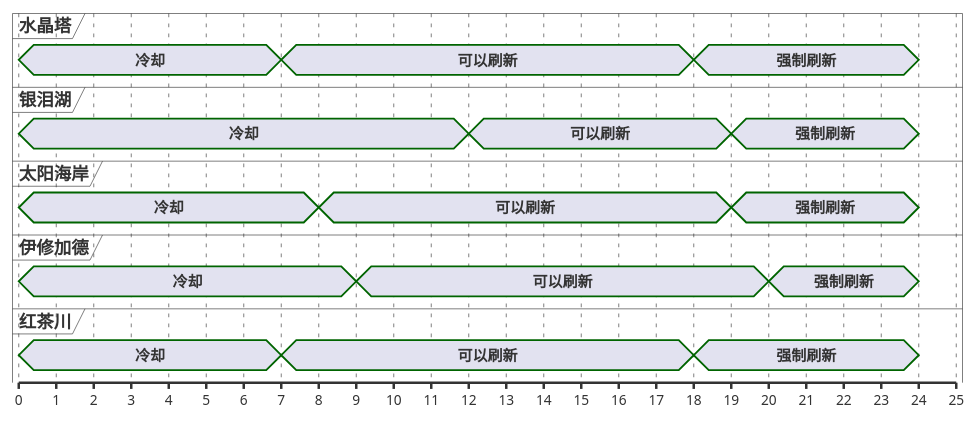
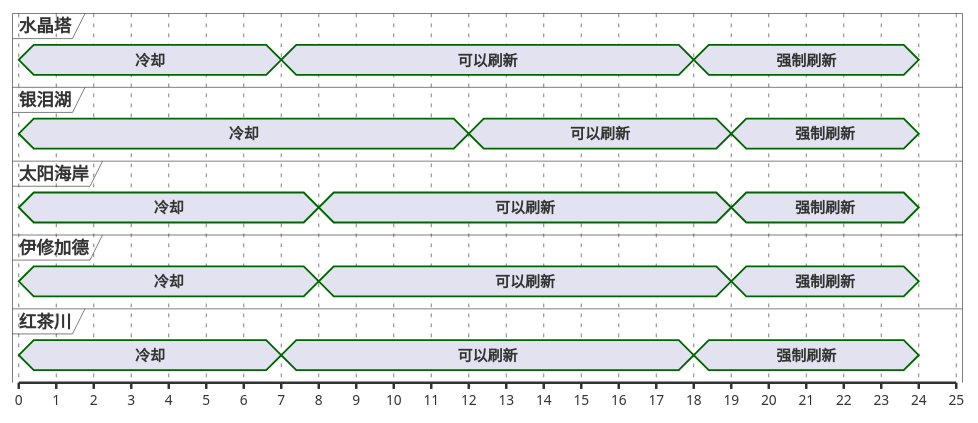
One commit to Eroleice/doc-pi changed the fourth of 13 diagrams in ffxiv/hunt/2.0/Thousand-cast-Theda.md. Above: the diagram before and after it, drawn with PlantUML. The commit also changed other lines of this file and 38 other files, not shown here.

````diff
--- a/ffxiv/hunt/2.0/Thousand-cast-Theda.md
+++ b/ffxiv/hunt/2.0/Thousand-cast-Theda.md
@@ -224,42 +224,42 @@
 ```plantuml
 @startuml
 scale 1 as 30 pixels
 
 concise 水晶塔
 concise 银泪湖
 concise 太阳海岸
 concise 伊修加德
 concise 红茶川
 
 @红茶川
 0 is 冷却
 7 is 可以刷新
 18 is 强制刷新
 24 is {hidden}
 
 @水晶塔
 0 is 冷却
 7 is 可以刷新
 18 is 强制刷新
 24 is {hidden}
 
 @太阳海岸
 0 is 冷却
 8 is 可以刷新
 19 is 强制刷新
 24 is {hidden}
 
 @银泪湖
 0 is 冷却
 12 is 可以刷新
 19 is 强制刷新
 24 is {hidden}
 
 @伊修加德
 0 is 冷却
-9 is 可以刷新
-20 is 强制刷新
+8 is 可以刷新
+19 is 强制刷新
 24 is {hidden}
 
 @enduml
 ```
````
